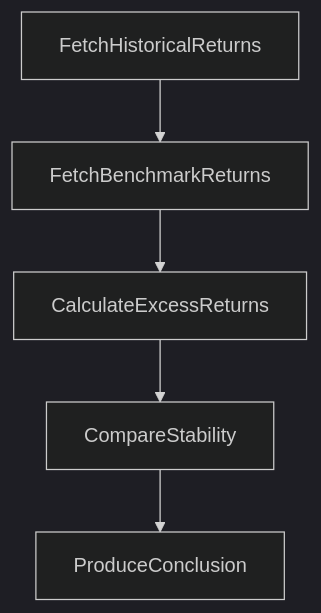
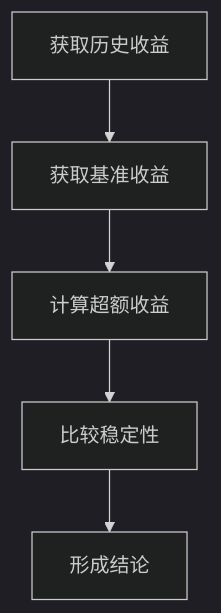
The first of 6 diagrams in articles/022-agent-entry-from-intent-to-direct-research.md (hpoenixf/eff-agent-article), drawn with Mermaid (dark theme) before and after one commit. The commit also changed other lines of this file and 52 other files, not shown here.

Commit message:
docs: localize diagrams and clarify flagship guides

````diff
--- a/articles/022-agent-entry-from-intent-to-direct-research.md
+++ b/articles/022-agent-entry-from-intent-to-direct-research.md
@@ -121,7 +121,7 @@
 ```mermaid
 graph TD
-FetchHistoricalReturns --> FetchBenchmarkReturns
-FetchBenchmarkReturns --> CalculateExcessReturns
-CalculateExcessReturns --> CompareStability
-CompareStability --> ProduceConclusion
+FetchHistoricalReturns["获取历史收益"] --> FetchBenchmarkReturns["获取基准收益"]
+FetchBenchmarkReturns --> CalculateExcessReturns["计算超额收益"]
+CalculateExcessReturns --> CompareStability["比较稳定性"]
+CompareStability --> ProduceConclusion["形成结论"]
 ```
````
